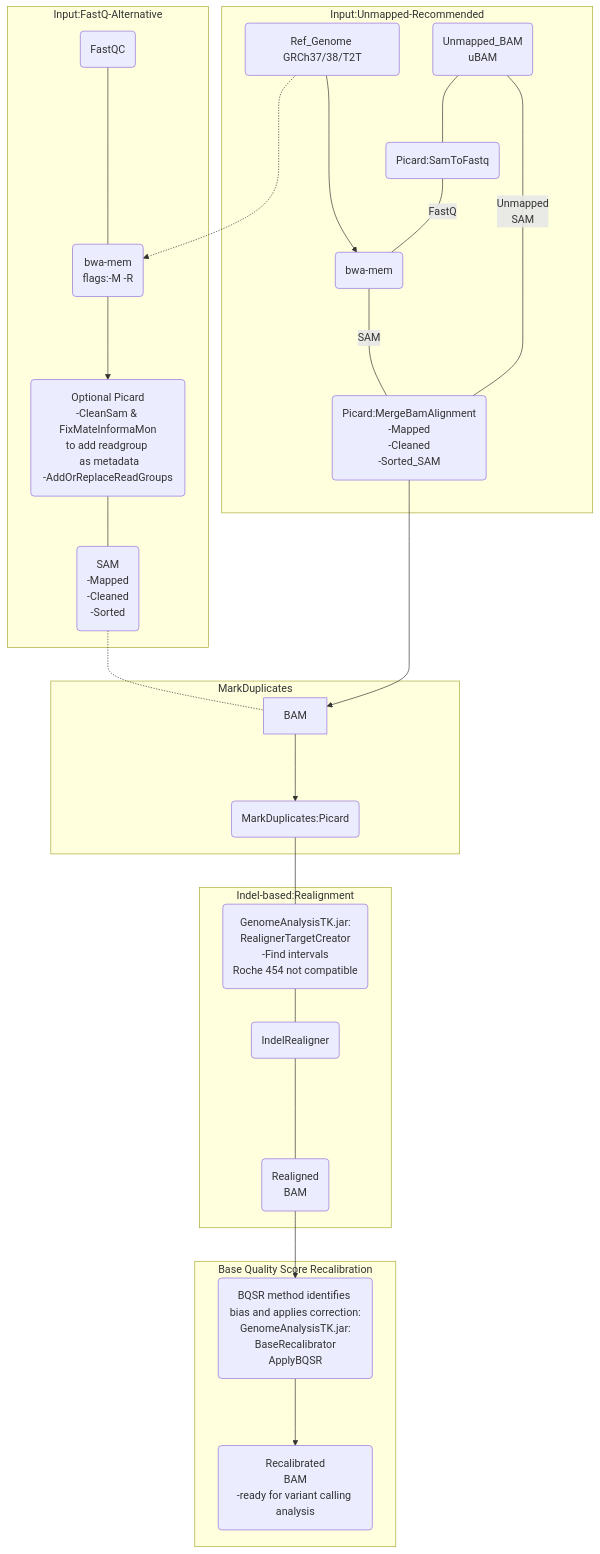
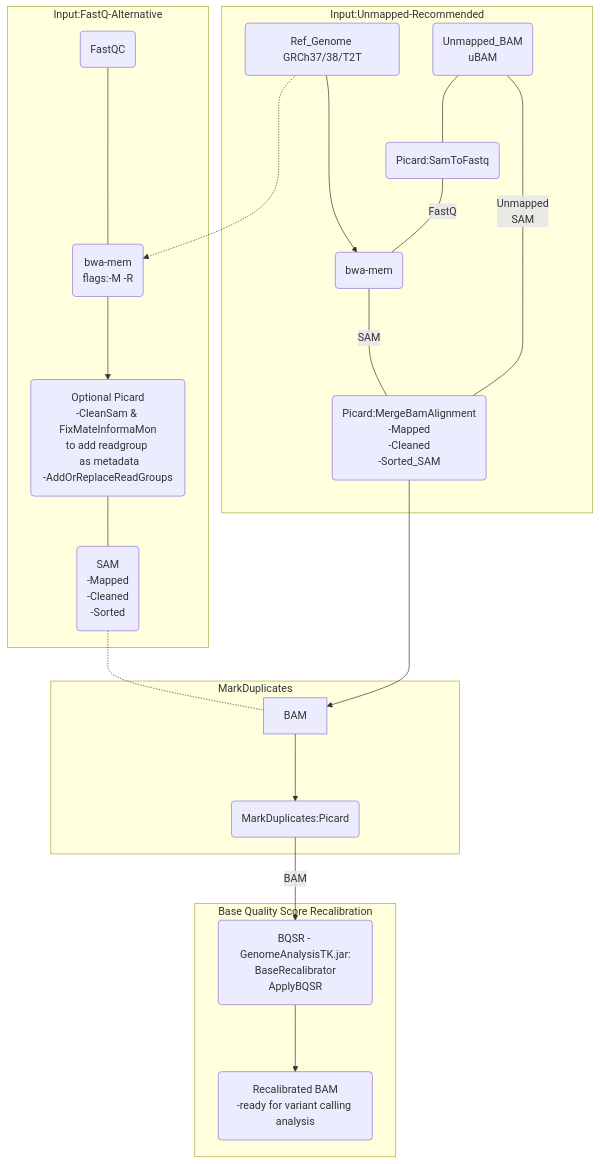
One commit to sergiolitwiniuk85/GATK-best-practices-VC-pipe changed the diagram in 1_Mapping&Preprocessing_GATK.md. Above: the diagram before and after it, drawn with Mermaid.

Commit message:
update md

````diff
--- a/1_Mapping&Preprocessing_GATK.md
+++ b/1_Mapping&Preprocessing_GATK.md
@@ -154,57 +154,53 @@
 ```mermaid
 
 
 flowchart TD;
 
     subgraph Input:Unmapped-Recommended
     ref----> bam_output
     UM(Unmapped_BAM\nuBAM)----pi(Picard:SamToFastq)--FastQ---bam_output(bwa-mem)--SAM----pik(Picard:MergeBamAlignment\n-Mapped\n-Cleaned\n-Sorted_SAM)
     
     UM --Unmapped\nSAM---- pik
     end
 
 
 
     subgraph Input:FastQ-Alternative
     ref(Ref_Genome GRCh37/38/T2T)
     fastqc(FastQC)-----bwa
         ref-.-> bwa(bwa-mem\nflags:-M -R)--->picard(Optional Picard\n-CleanSam & FixMateInformaMon\nto add readgroup \n as metadata\n-AddOrReplaceReadGroups)
         
            
         picard---sam_compress(SAM\n-Mapped\n-Cleaned\n-Sorted)
     end
 
 
     sam_compress -.- BAM
     pik ---> BAM
 
 
 
     subgraph MarkDuplicates
     BAM ---> Mark(MarkDuplicates:Picard)
     end
 
 
 
 
-    subgraph Indel-based:Realignment
-        Mark---rtc(GenomeAnalysisTK.jar:\nRealignerTargetCreator\n-Find intervals\nRoche 454 not compatible)
 
-        rtc ---ir(IndelRealigner)-----r_out(Realigned\nBAM)
-    end
-
+%%indelRealignment step deprecated
 
 
     subgraph Base Quality Score Recalibration
-        r_out --> r(BQSR method identifies bias and applies correction:\nGenomeAnalysisTK.jar:\nBaseRecalibrator\nApplyBQSR)
-        r--->rc(Recalibrated\nBAM\n-ready for variant calling analysis)
+        Mark --BAM--> r(BQSR - GenomeAnalysisTK.jar:\nBaseRecalibrator\nApplyBQSR)
+        r--->rc(Recalibrated BAM\n-ready for variant calling analysis)
     end
 
 %%Comment: GATK recommends using uBAM instead of fastQ as it can support metadata (RG,)
 
 
 
 
 
 
 ```
````
